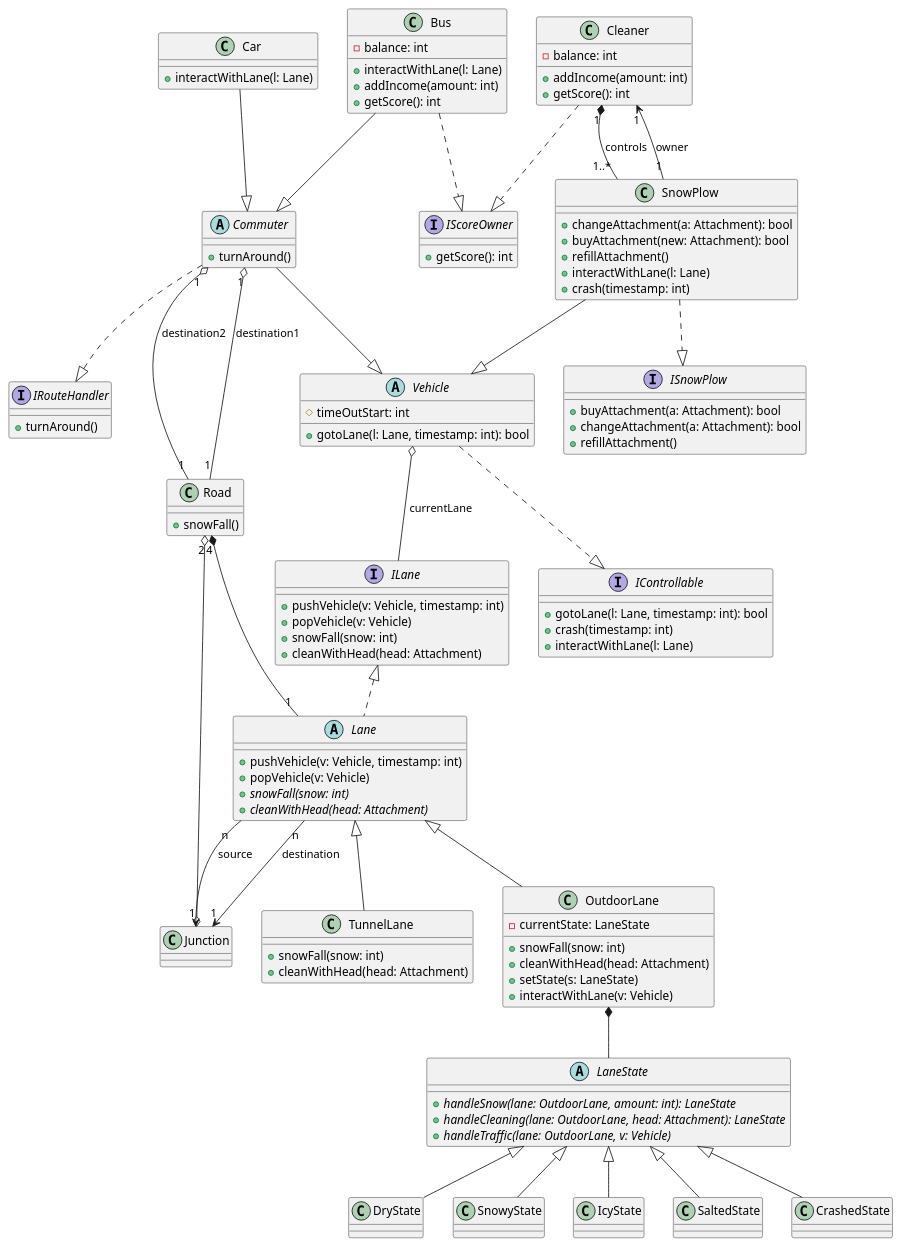
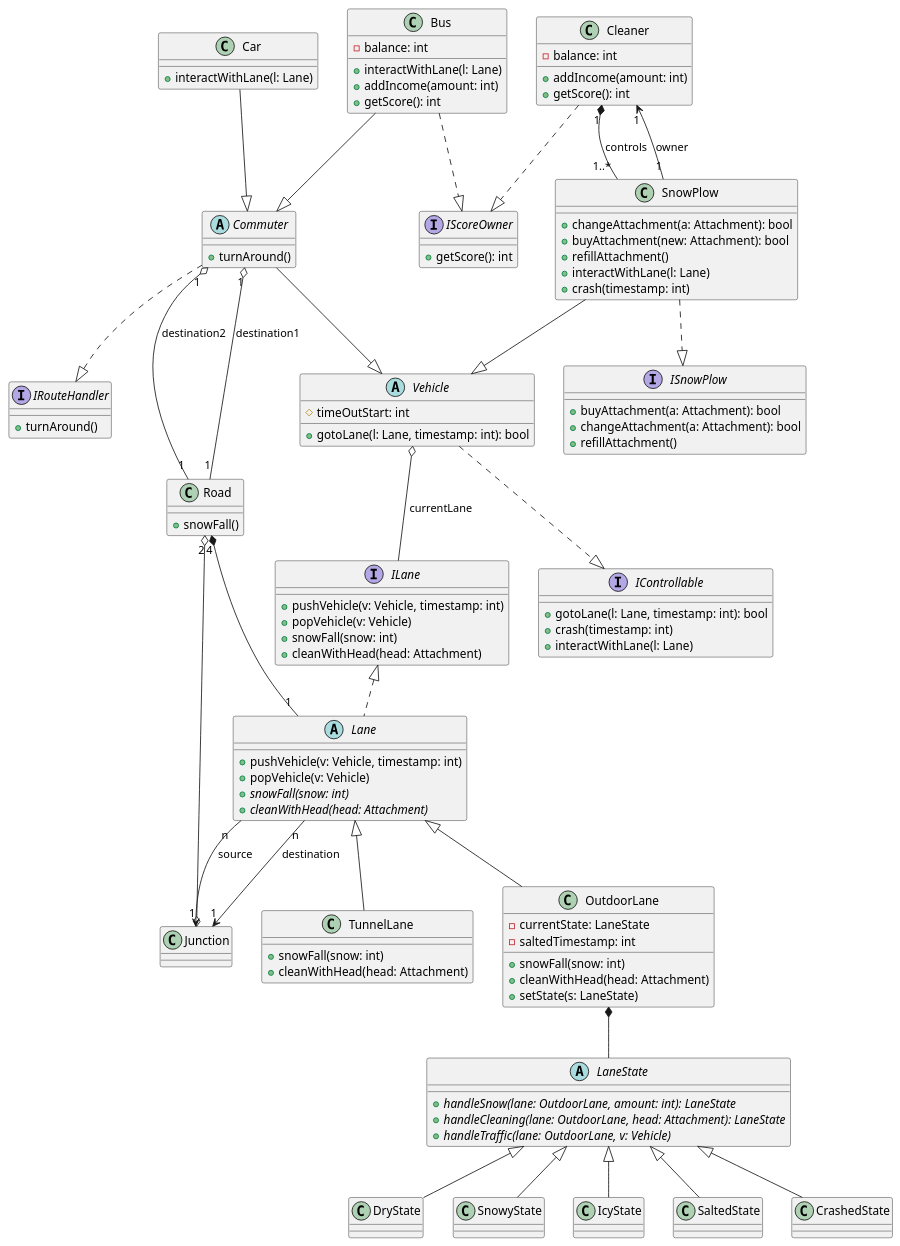
One commit to toth-andor/UneNotteANapoli changed the diagram in docs/04/diagrams/class-diagram1.puml. Above: the diagram before and after it, drawn with PlantUML.

```diff
--- a/docs/04/diagrams/class-diagram1.puml
+++ b/docs/04/diagrams/class-diagram1.puml
@@ -1,124 +1,124 @@
 @startuml class-diagram
 abstract Vehicle {
   # timeOutStart: int
   + gotoLane(l: Lane, timestamp: int): bool
 }
 class Bus {
   - balance: int
   + interactWithLane(l: Lane)
   + addIncome(amount: int)
   + getScore(): int
 }
 class SnowPlow {
   + changeAttachment(a: Attachment): bool
   + buyAttachment(new: Attachment): bool
   + refillAttachment()
   + interactWithLane(l: Lane)
   + crash(timestamp: int)
 }
 class Car {
   + interactWithLane(l: Lane)
 }
 class Road {
   + snowFall()
 }
 
 interface ILane {
   + pushVehicle(v: Vehicle, timestamp: int)
   + popVehicle(v: Vehicle)
   + snowFall(snow: int)
   + cleanWithHead(head: Attachment)
 }
 
 abstract Lane {
   + pushVehicle(v: Vehicle, timestamp: int)
   + popVehicle(v: Vehicle)
   {abstract} + snowFall(snow: int)
   {abstract} + cleanWithHead(head: Attachment)
 }
 
 class OutdoorLane {
   - currentState: LaneState
+  - saltedTimestamp: int
   + snowFall(snow: int)
   + cleanWithHead(head: Attachment)
   + setState(s: LaneState)
-  + interactWithLane(v: Vehicle)
 }
 
 class TunnelLane {
   + snowFall(snow: int)
   + cleanWithHead(head: Attachment)
 }
 
 ' --- State Pattern for OutdoorLane ---
 
 abstract LaneState {
   {abstract} + handleSnow(lane: OutdoorLane, amount: int): LaneState
   {abstract} + handleCleaning(lane: OutdoorLane, head: Attachment): LaneState
   {abstract} + handleTraffic(lane: OutdoorLane, v: Vehicle)
 }
 
 class DryState
 class SnowyState
 class IcyState
 class SaltedState
 class CrashedState
 
 class Junction
 class Cleaner {
   - balance: int
   + addIncome(amount: int)
   + getScore(): int
 }
 abstract class Commuter {
   + turnAround()
 }
 interface IControllable {
   + gotoLane(l: Lane, timestamp: int): bool
   + crash(timestamp: int)
   + interactWithLane(l: Lane)
 }
 interface ISnowPlow {
   + buyAttachment(a: Attachment): bool
   + changeAttachment(a: Attachment): bool
   + refillAttachment()
 }
 interface IRouteHandler {
   + turnAround()
 }
 interface IScoreOwner {
   + getScore(): int
 }
 
 ILane <|.. Lane
 Lane <|-- OutdoorLane
 Lane <|-- TunnelLane
 
 LaneState <|-- DryState
 LaneState <|-- SnowyState
 LaneState <|-- IcyState
 LaneState <|-- SaltedState
 LaneState <|-- CrashedState
 
 OutdoorLane *-- LaneState
 
 Lane "n" --> "1" Junction : source
 Lane "n" --> "1" Junction : destination
 
 Road "4" *-- "1" Lane
 Road "2" o--o Junction
 Vehicle  o-- ILane : currentLane
 Commuter "1" o-- "1" Road : destination1
 Commuter "1" o-- "1" Road : destination2
 Vehicle ..|> IControllable
 SnowPlow --|> Vehicle
 SnowPlow ..|> ISnowPlow
 Commuter --|> Vehicle
 Commuter ..|> IRouteHandler
 Bus --|> Commuter
 Bus ..|> IScoreOwner
 Car --|> Commuter
 Cleaner ..|> IScoreOwner
 Cleaner "1" *-- "1..*" SnowPlow : controls
 SnowPlow "1" --> "1" Cleaner : owner
 @enduml
```
